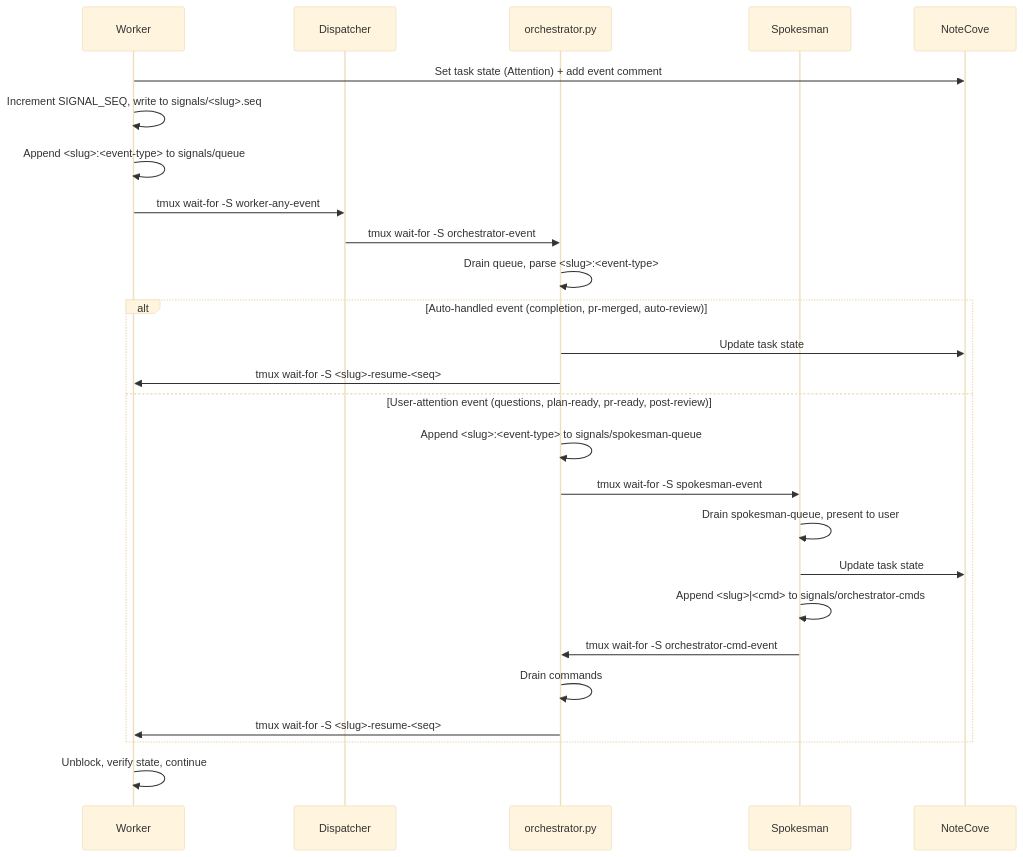
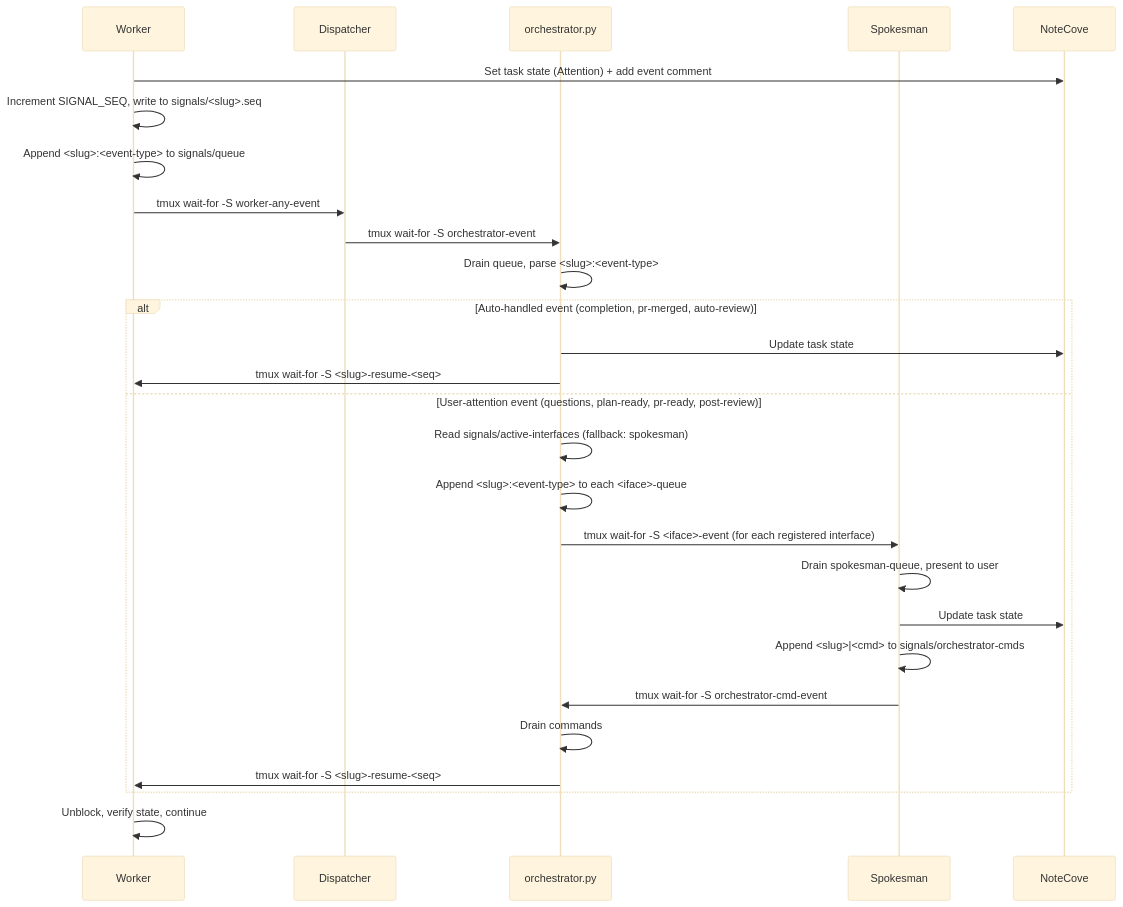
Before and after one commit to gara2000/agentmesh: the third of 13 diagrams in docs/agentic-workflow.md, drawn with Mermaid (base theme). The commit also changed other lines of this file and 5 other files, not shown here.

First line of the commit message:
feat(orchestrator): fan out events to multiple interfaces via active-interfaces registry [WORK-w1d]

````diff
--- a/docs/agentic-workflow.md
+++ b/docs/agentic-workflow.md
@@ -107,31 +107,32 @@
 ```mermaid
 sequenceDiagram
     participant W as Worker
     participant D as Dispatcher
     participant OP as orchestrator.py
     participant SP as Spokesman
     participant NC as NoteCove
 
     W->>NC: Set task state (Attention) + add event comment
     W->>W: Increment SIGNAL_SEQ, write to signals/<slug>.seq
     W->>W: Append <slug>:<event-type> to signals/queue
     W->>D: tmux wait-for -S worker-any-event
     D->>OP: tmux wait-for -S orchestrator-event
     OP->>OP: Drain queue, parse <slug>:<event-type>
 
     alt Auto-handled event (completion, pr-merged, auto-review)
         OP->>NC: Update task state
         OP->>W: tmux wait-for -S <slug>-resume-<seq>
     else User-attention event (questions, plan-ready, pr-ready, post-review)
-        OP->>OP: Append <slug>:<event-type> to signals/spokesman-queue
-        OP->>SP: tmux wait-for -S spokesman-event
+        OP->>OP: Read signals/active-interfaces (fallback: spokesman)
+        OP->>OP: Append <slug>:<event-type> to each <iface>-queue
+        OP->>SP: tmux wait-for -S <iface>-event (for each registered interface)
         SP->>SP: Drain spokesman-queue, present to user
         SP->>NC: Update task state
         SP->>SP: Append <slug>|<cmd> to signals/orchestrator-cmds
         SP->>OP: tmux wait-for -S orchestrator-cmd-event
         OP->>OP: Drain commands
         OP->>W: tmux wait-for -S <slug>-resume-<seq>
     end
 
     W->>W: Unblock, verify state, continue
 ```
````
